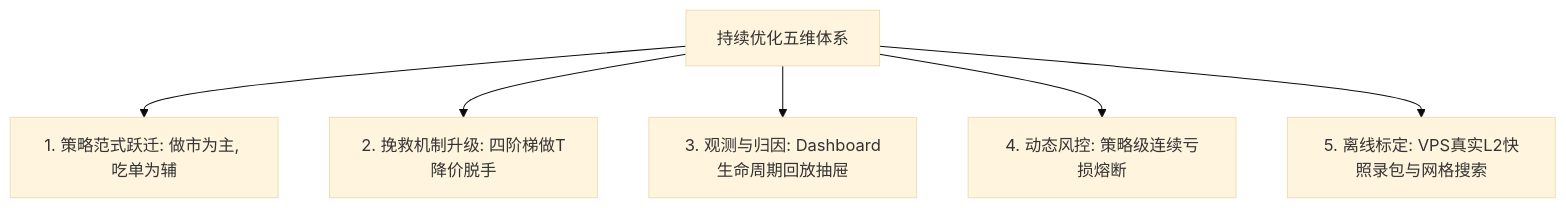
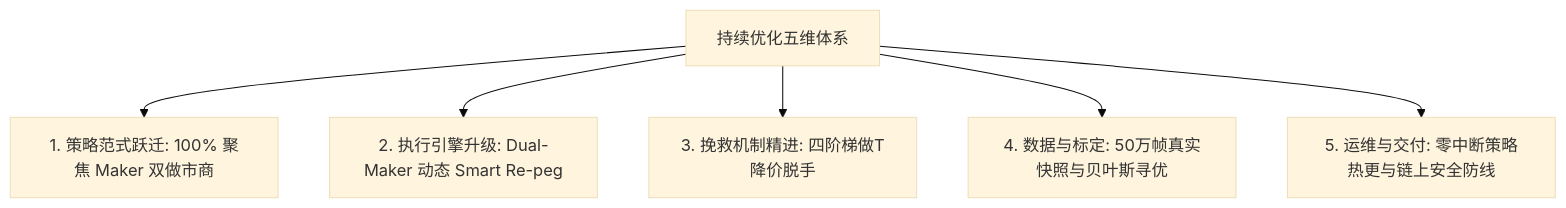
Before and after one commit to jiyaoghl/polymarket-fsm-arbitrage: the diagram in doc/OPTIMIZATION_PLAYBOOK.md, drawn with Mermaid (base theme). The commit also changed other lines of this file and 2 other files, not shown here.

````diff
--- a/doc/OPTIMIZATION_PLAYBOOK.md
+++ b/doc/OPTIMIZATION_PLAYBOOK.md
@@ -112,8 +110,8 @@
 ```mermaid
 graph TD
-    A[持续优化五维体系] --> B[1. 策略范式跃迁: 做市为主, 吃单为辅]
-    A --> C[2. 挽救机制升级: 四阶梯做T降价脱手]
-    A --> D[3. 观测与归因: Dashboard生命周期回放抽屉]
-    A --> E[4. 动态风控: 策略级连续亏损熔断]
-    A --> F[5. 离线标定: VPS真实L2快照录包与网格搜索]
+    A[持续优化五维体系] --> B[1. 策略范式跃迁: 100% 聚焦 Maker 双做市商]
+    A --> C[2. 执行引擎升级: Dual-Maker 动态 Smart Re-peg]
+    A --> D[3. 挽救机制精进: 四阶梯做T降价脱手]
+    A --> E[4. 数据与标定: 50万帧真实快照与贝叶斯寻优]
+    A --> F[5. 运维与交付: 零中断策略热更与链上安全防线]
 ```
````
